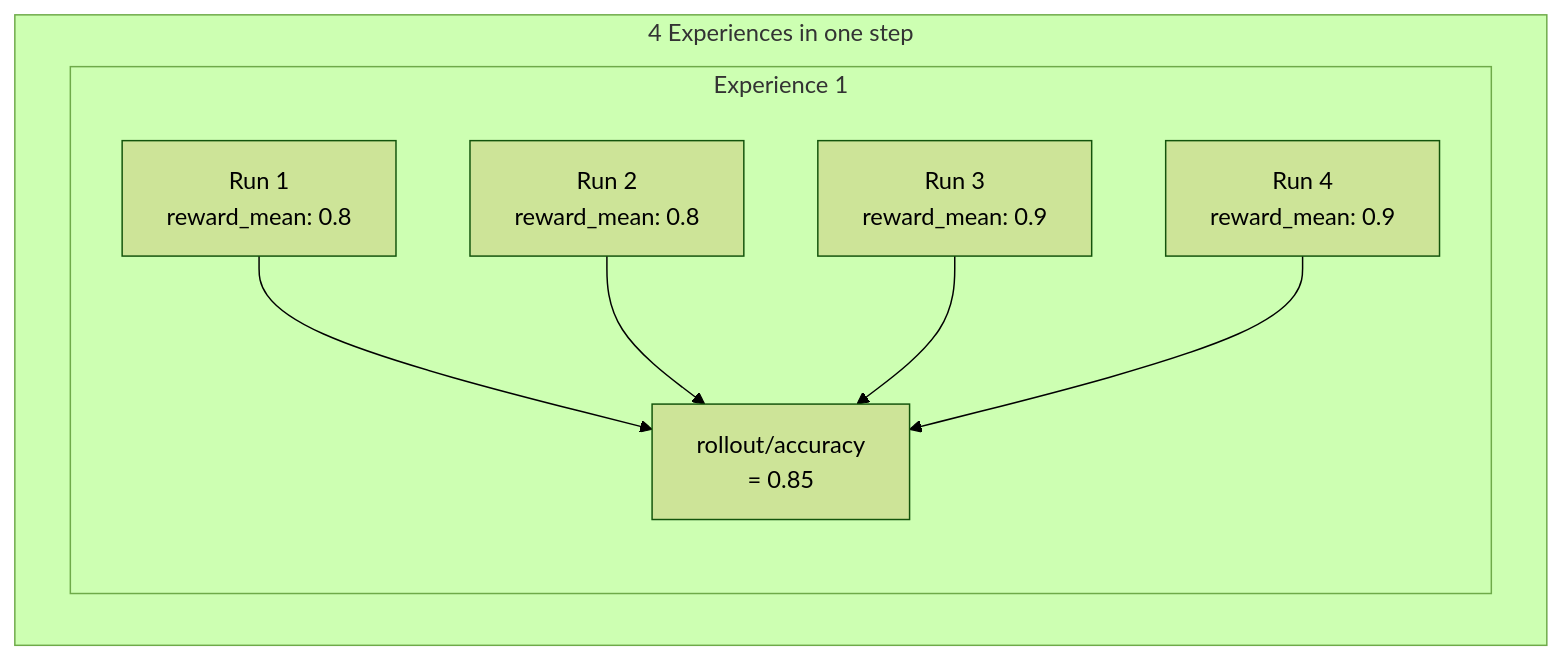
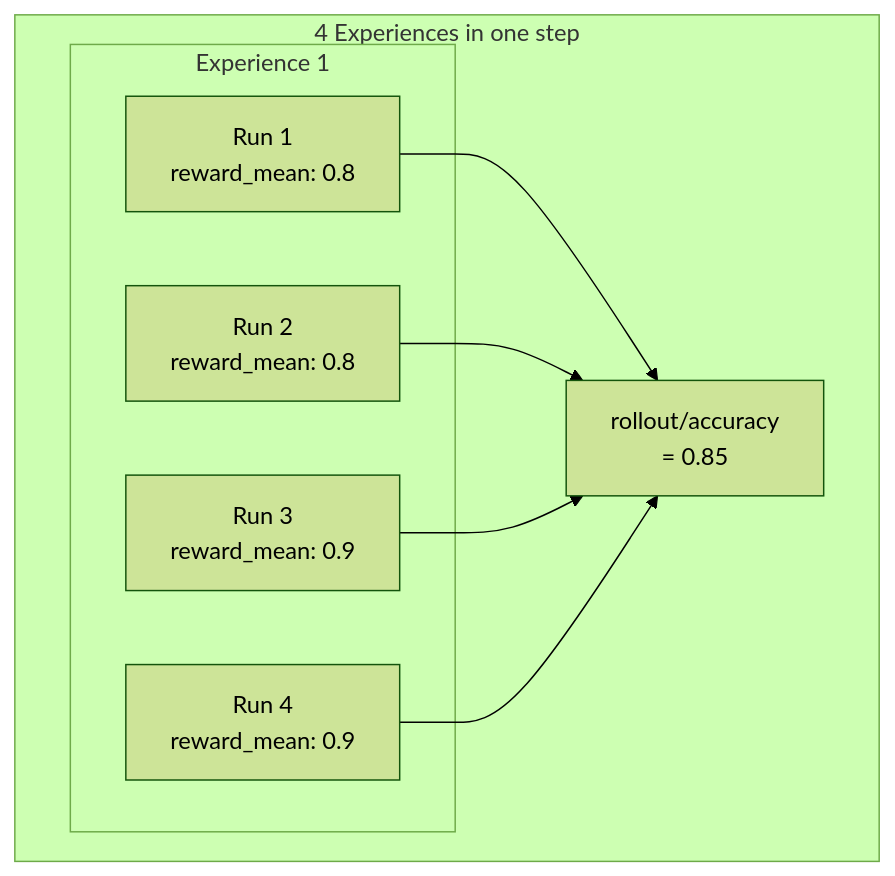
Before and after one commit to modelscope/Trinity-RFT: the fourth of 4 diagrams in docs/sphinx_doc/source_zh/tutorial/metrics_reference.md, drawn with Mermaid (forest theme). The commit also changed other lines of this file and 1 other file, not shown here.

````diff
--- a/docs/sphinx_doc/source_zh/tutorial/metrics_reference.md
+++ b/docs/sphinx_doc/source_zh/tutorial/metrics_reference.md
@@ -160,15 +173,15 @@
 ```mermaid
 graph TD
     subgraph Step["4 Experiences in one step"]
         subgraph Task1["Experience 1"]
             Run1_1["Run 1<br/>reward_mean: 0.8"]
             Run1_2["Run 2<br/>reward_mean: 0.8"]
             Run2_1["Run 3<br/>reward_mean: 0.9"]
             Run2_2["Run 4<br/>reward_mean: 0.9"]
+        end
             Run1_1 --> Task1_Metric["rollout/accuracy<br/>= 0.85"]
             Run1_2 --> Task1_Metric
             Run2_1 --> Task1_Metric
             Run2_2 --> Task1_Metric
-        end
     end
 ```
````
